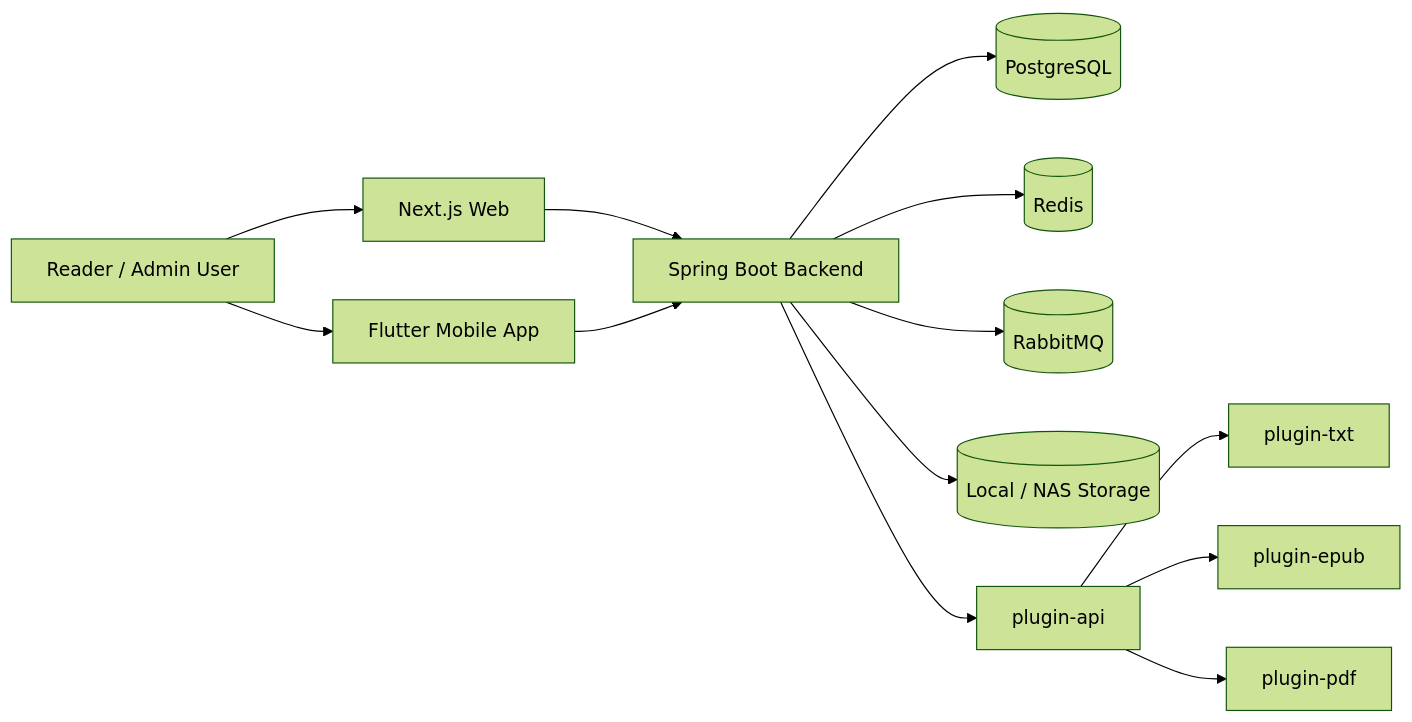
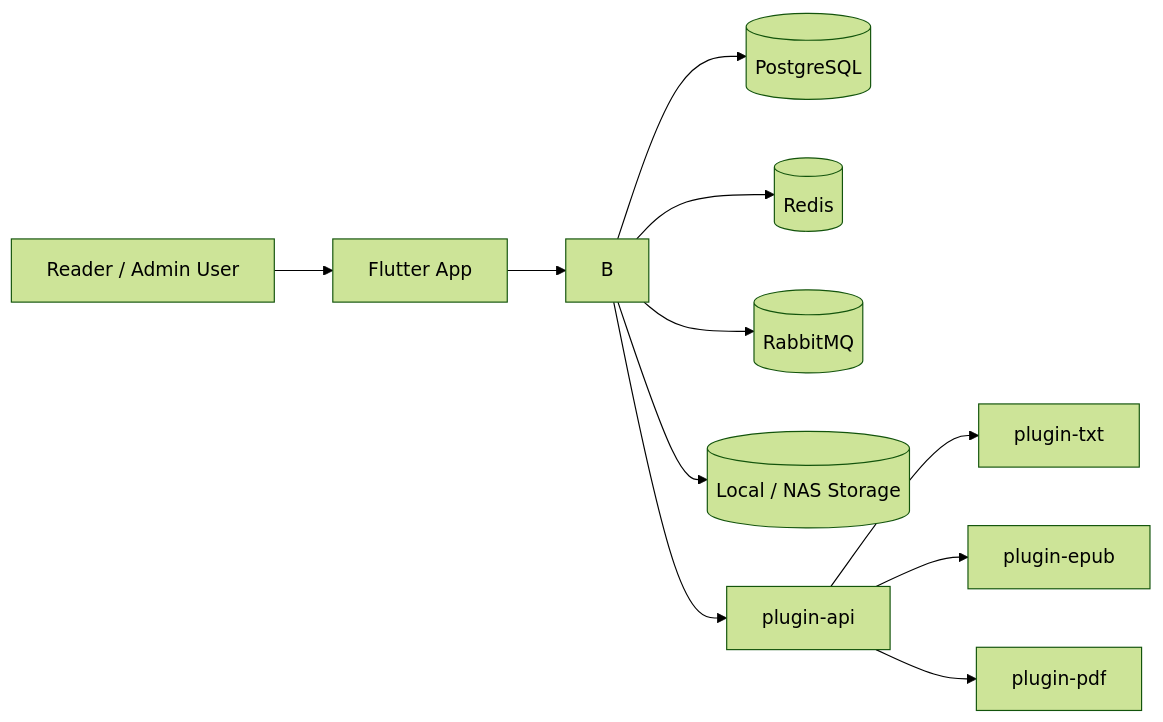
Before and after one commit to mini2436/Books: the first of 3 diagrams in docs/系统详细设计文档.md, drawn with Mermaid (forest theme). The commit also changed other lines of this file and 42 other files, not shown here.

````diff
--- a/docs/系统详细设计文档.md
+++ b/docs/系统详细设计文档.md
@@ -64,18 +63,16 @@
 ```mermaid
 flowchart LR
-    U[Reader / Admin User] --> W[Next.js Web]
-    U --> M[Flutter Mobile App]
+    U[Reader / Admin User] --> M[Flutter App]
 
-    W --> B[Spring Boot Backend]
     M --> B
 
     B --> PG[(PostgreSQL)]
     B --> R[(Redis)]
     B --> MQ[(RabbitMQ)]
     B --> FS[(Local / NAS Storage)]
 
     B --> P0[plugin-api]
     P0 --> P1[plugin-txt]
     P0 --> P2[plugin-epub]
     P0 --> P3[plugin-pdf]
 ```
````
